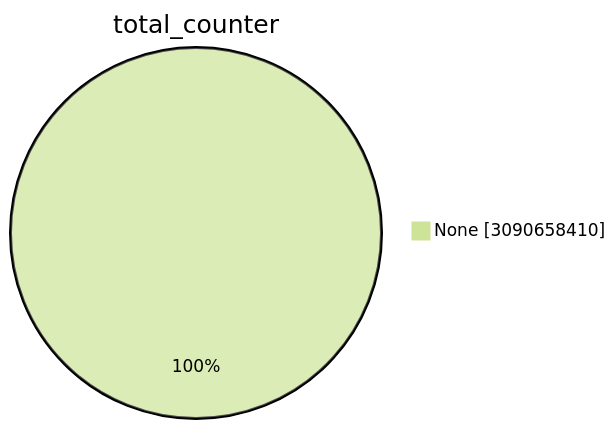
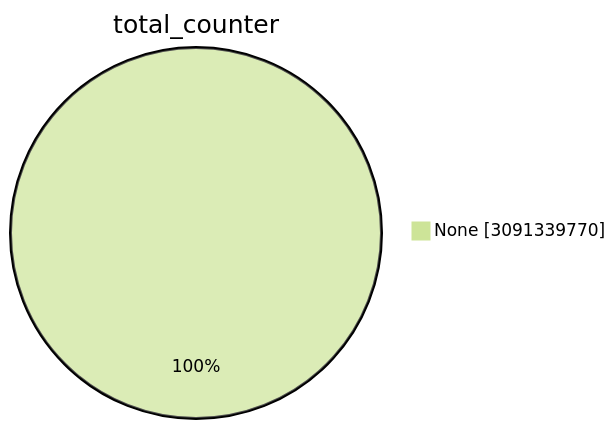
Before and after one commit to christiankrug/ctmonitor_visualization: the first of 15 diagrams in TOTAL/README.md, drawn with Mermaid (forest theme). The commit also changed other lines of this file, not shown here.

````diff
--- a/TOTAL/README.md
+++ b/TOTAL/README.md
@@ -1,5 +1,5 @@
 ```mermaid
 pie showData
 title total_counter
-"None" :3090658410
+"None" :3091339770
 ```
````
